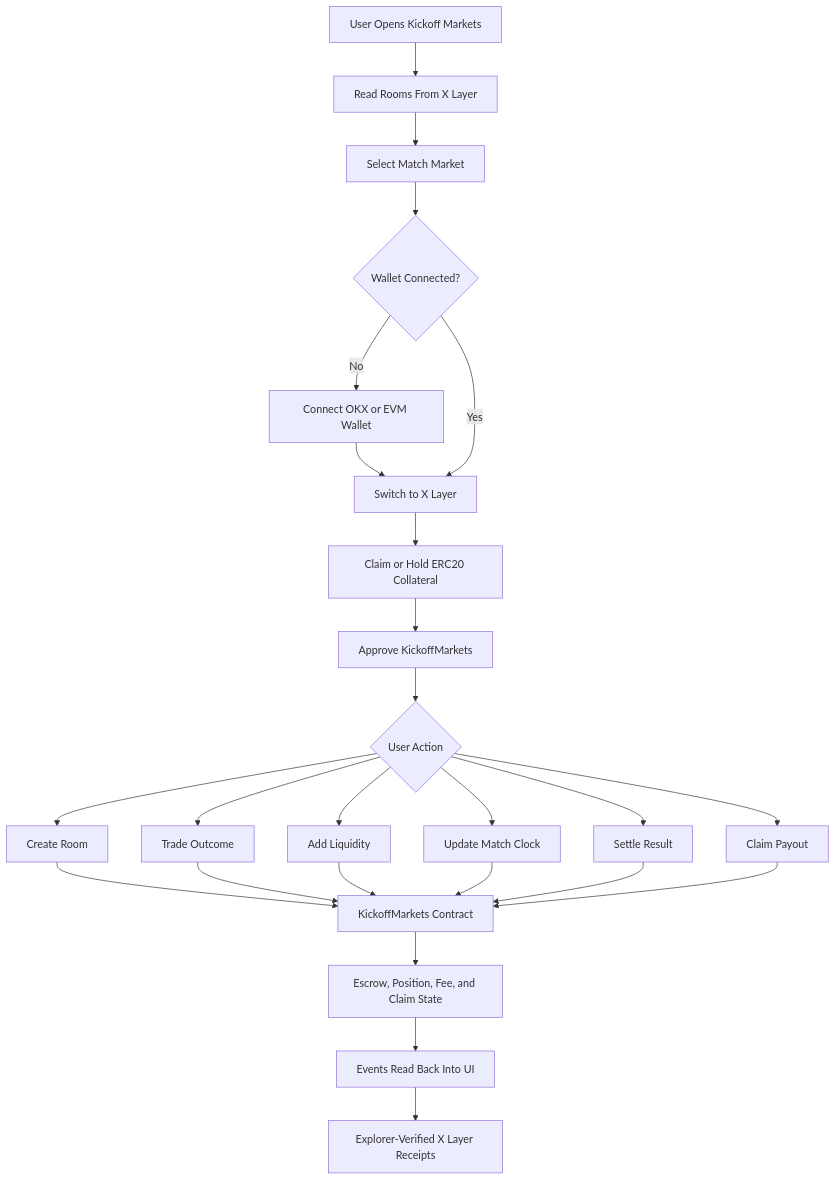
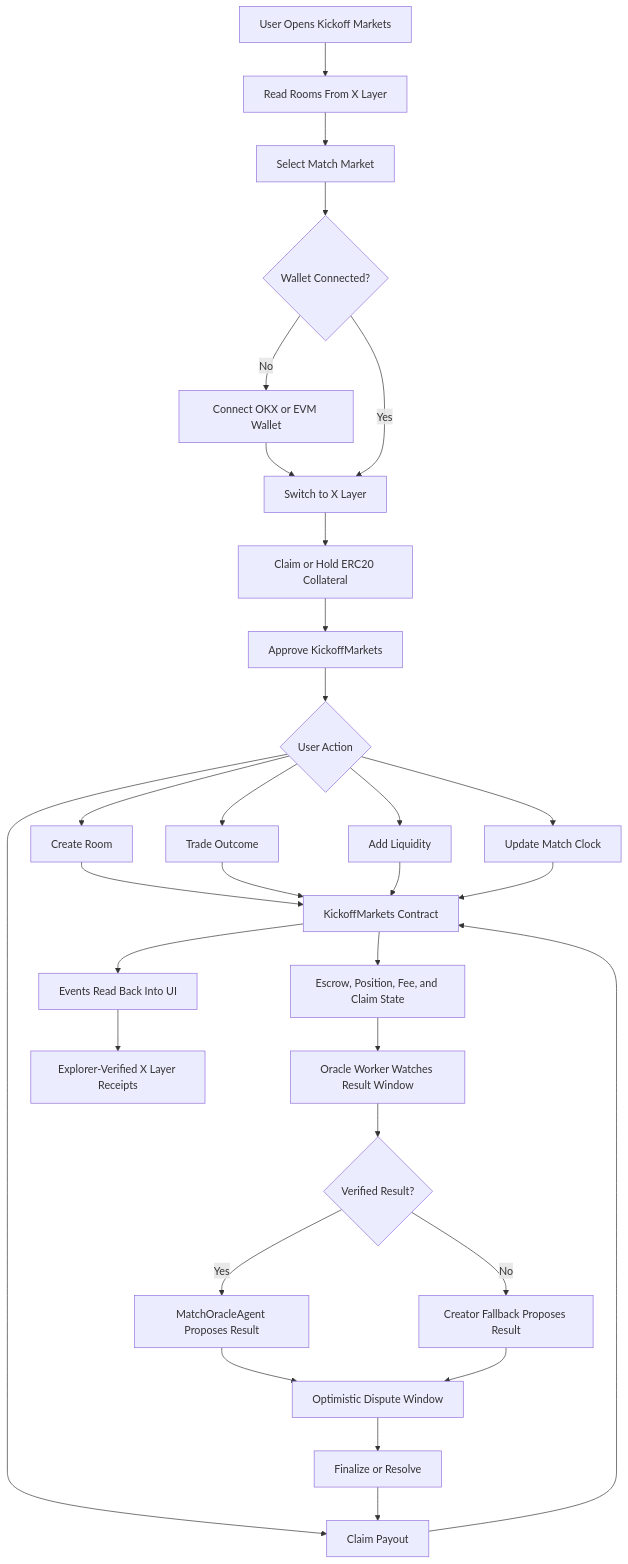
One commit to ELLA0VICTOR/kickoff-markets changed the diagram in README.md. Above: the diagram before and after it, drawn with Mermaid. The commit also changed other lines of this file and 18 other files, not shown here.

Commit message:
feat: implemented oracle based settlement with creator as fallback retaining optimistic settlement

````diff
--- a/README.md
+++ b/README.md
@@ -22,27 +22,33 @@
 ```mermaid
 flowchart TD
     A[User Opens Kickoff Markets] --> B[Read Rooms From X Layer]
     B --> C[Select Match Market]
     C --> D{Wallet Connected?}
     D -- No --> E[Connect OKX or EVM Wallet]
     E --> F[Switch to X Layer]
     D -- Yes --> F
     F --> G[Claim or Hold ERC20 Collateral]
     G --> H[Approve KickoffMarkets]
     H --> I{User Action}
     I --> J[Create Room]
     I --> K[Trade Outcome]
     I --> L[Add Liquidity]
     I --> M[Update Match Clock]
-    I --> N[Settle Result]
-    I --> O[Claim Payout]
+    I --> N[Claim Payout]
     J --> P[KickoffMarkets Contract]
     K --> P
     L --> P
     M --> P
+    P --> Q[Escrow, Position, Fee, and Claim State]
+    Q --> R[Oracle Worker Watches Result Window]
+    R --> T{Verified Result?}
+    T -- Yes --> U[MatchOracleAgent Proposes Result]
+    T -- No --> V[Creator Fallback Proposes Result]
+    U --> W[Optimistic Dispute Window]
+    V --> W
+    W --> X[Finalize or Resolve]
+    X --> N
     N --> P
-    O --> P
-    P --> Q[Escrow, Position, Fee, and Claim State]
-    Q --> R[Events Read Back Into UI]
-    R --> S[Explorer-Verified X Layer Receipts]
+    P --> Y[Events Read Back Into UI]
+    Y --> Z[Explorer-Verified X Layer Receipts]
 ```
````
